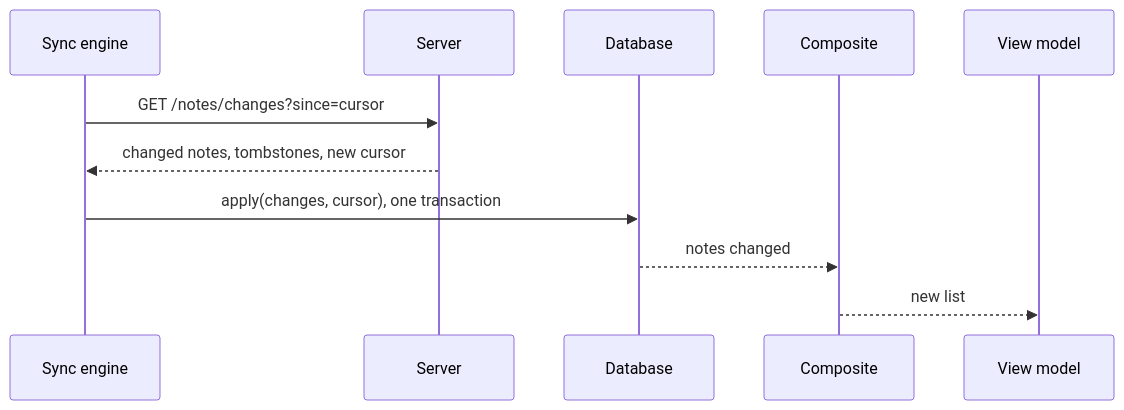
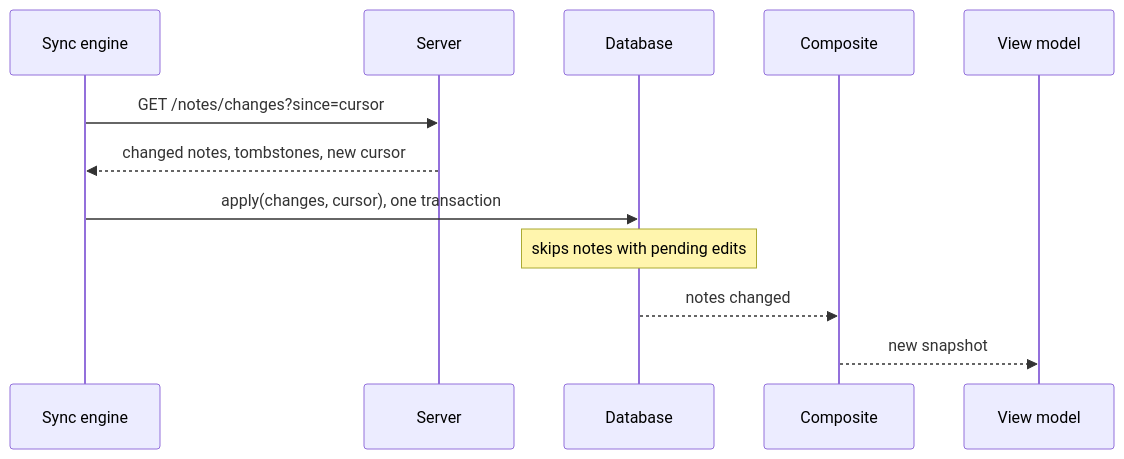
Before and after one commit to rezabina86/reference-desk: the third of 3 diagrams in topics/system-design/04-offline-notes-sync.md, drawn with Mermaid. The commit also changed other lines of this file and 5 other files, not shown here.

````diff
--- a/topics/system-design/04-offline-notes-sync.md
+++ b/topics/system-design/04-offline-notes-sync.md
@@ -351,13 +410,14 @@
 ```mermaid
 sequenceDiagram
   participant S as Sync engine
   participant R as Server
   participant DB as Database
   participant C as Composite
   participant VM as View model
   S->>R: GET /notes/changes?since=cursor
   R-->>S: changed notes, tombstones, new cursor
   S->>DB: apply(changes, cursor), one transaction
+  Note over DB: skips notes with pending edits
   DB-->>C: notes changed
-  C-->>VM: new list
+  C-->>VM: new snapshot
 ```
````
